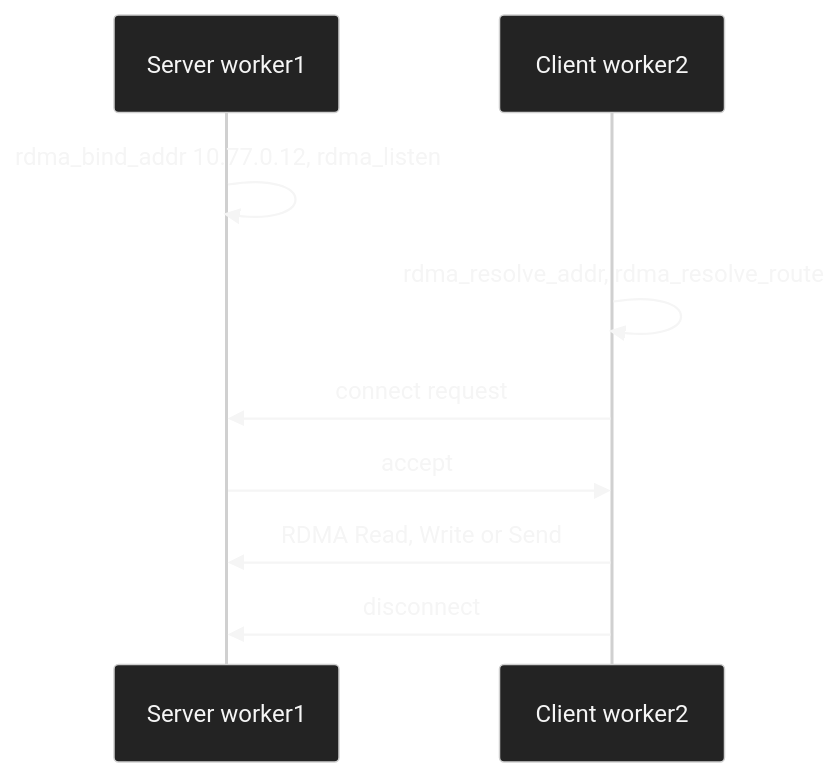
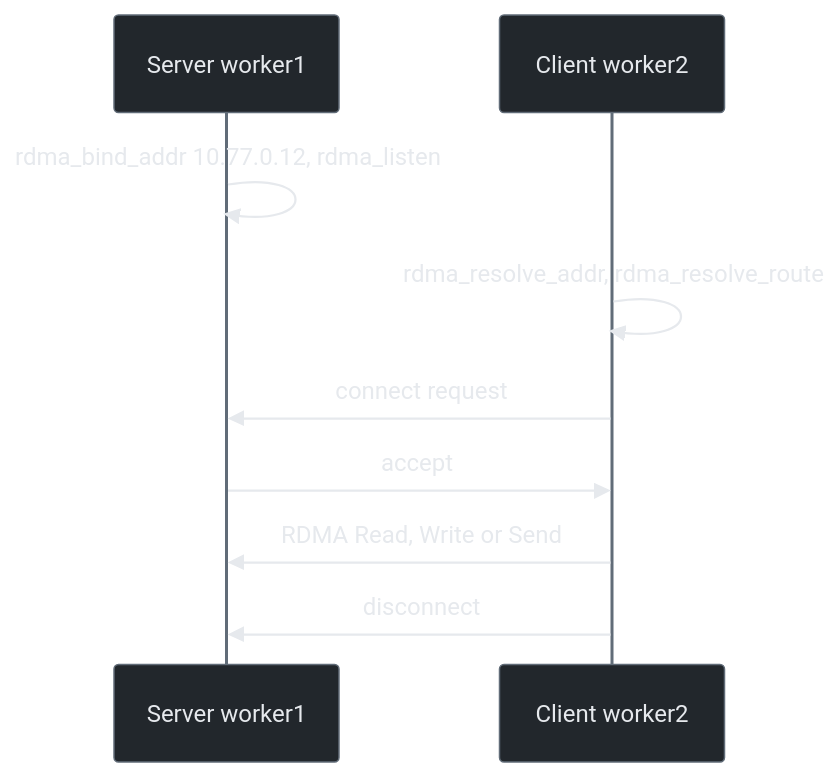
The second of 2 diagrams in .site/src/content/docs/concepts/rdma.mdx (ziwon/rdma-fabric-lab), drawn with Mermaid before and after one commit. The commit also changed other lines of this file and 26 other files, not shown here.

````diff
--- a/.site/src/content/docs/concepts/rdma.mdx
+++ b/.site/src/content/docs/concepts/rdma.mdx
@@ -55,12 +55,12 @@
 ```mermaid
-%%{init: {"theme": "base", "themeVariables": {"background": "#171717", "primaryColor": "#232323", "primaryTextColor": "#f5f5f5", "primaryBorderColor": "#d0d0d0", "lineColor": "#cfcfcf", "fontFamily": "Inter, Arial, sans-serif"}}}%%
+%%{init: {"theme": "base", "themeVariables": {"background": "#1b1f23", "primaryColor": "#22272c", "primaryTextColor": "#e6e9ed", "primaryBorderColor": "#616c78", "lineColor": "#8f9aa7", "fontFamily": "DM Sans, Inter, Arial, sans-serif"}}}%%
 sequenceDiagram
     participant S as Server worker1
     participant C as Client worker2
     S->>S: rdma_bind_addr 10.77.0.12, rdma_listen
     C->>C: rdma_resolve_addr, rdma_resolve_route
     C->>S: connect request
     S->>C: accept
     C->>S: RDMA Read, Write or Send
     C->>S: disconnect
 ```
````
